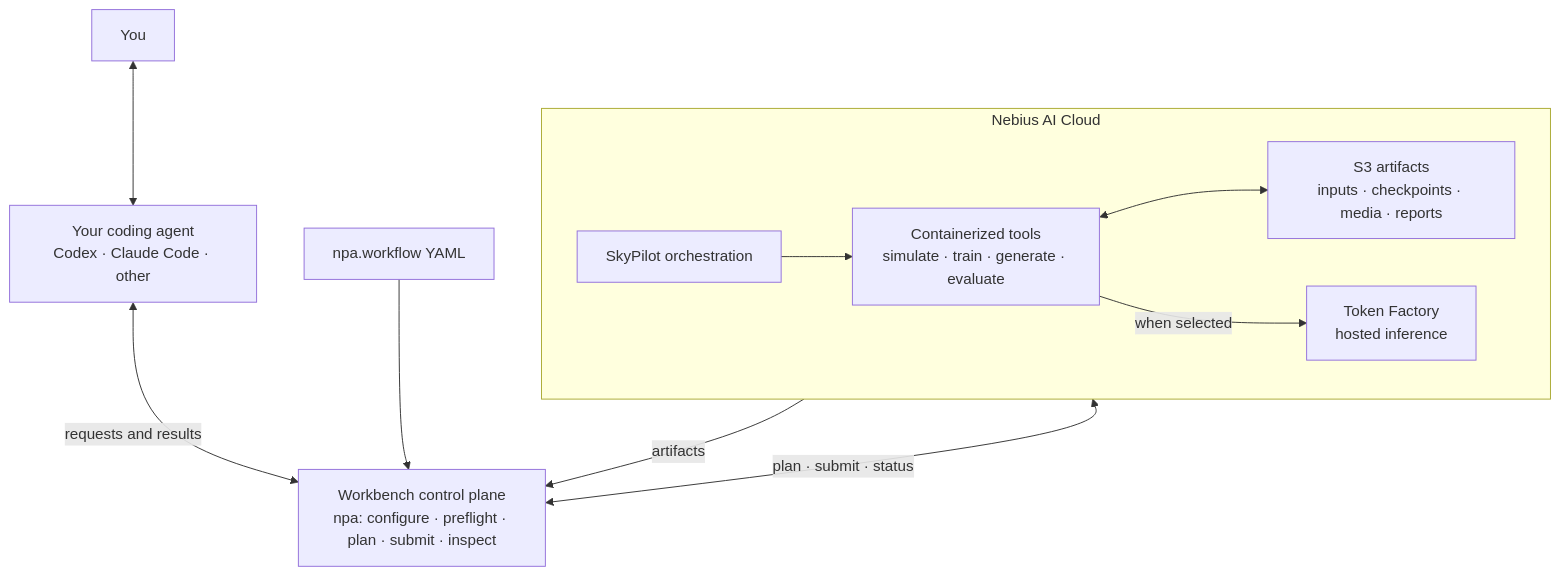
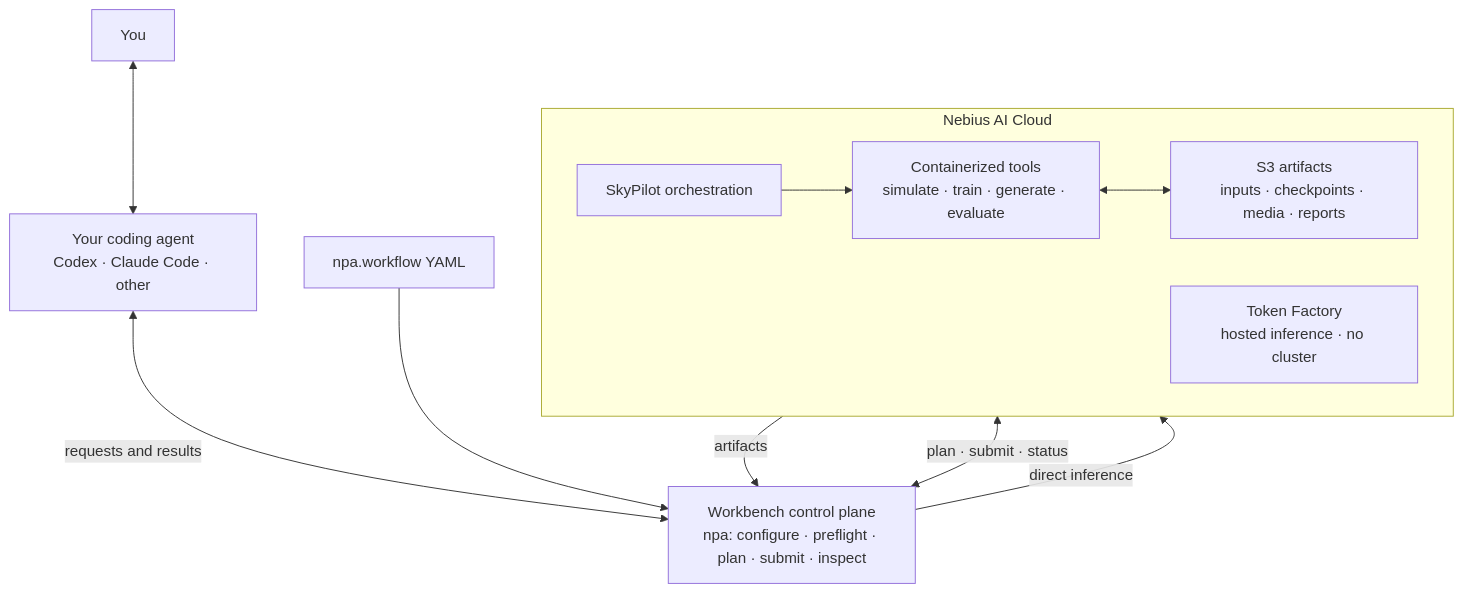
The diagram in README.md (nebius/nebius-physical-ai), drawn with Mermaid before and after one commit. The commit also changed other lines of this file and 1 other file, not shown here.

````diff
--- a/README.md
+++ b/README.md
@@ -37,16 +37,17 @@
 ```mermaid
 flowchart TB
     you["You"] <--> agent["Your coding agent<br/>Codex · Claude Code · other"]
     agent <-->|"requests and results"| npa["Workbench control plane<br/>npa: configure · preflight · plan · submit · inspect"]
     spec["npa.workflow YAML"] --> npa
 
     subgraph nebius["Nebius AI Cloud"]
         direction LR
         sky["SkyPilot orchestration"] --> tools["Containerized tools<br/>simulate · train · generate · evaluate"]
         tools <--> s3["S3 artifacts<br/>inputs · checkpoints · media · reports"]
-        tools -->|"when selected"| tf["Token Factory<br/>hosted inference"]
+        tf["Token Factory<br/>hosted inference · no cluster"]
     end
 
     npa <-->|"plan · submit · status"| sky
+    npa -->|"direct inference"| tf
     s3 -->|"artifacts"| npa
 ```
````
